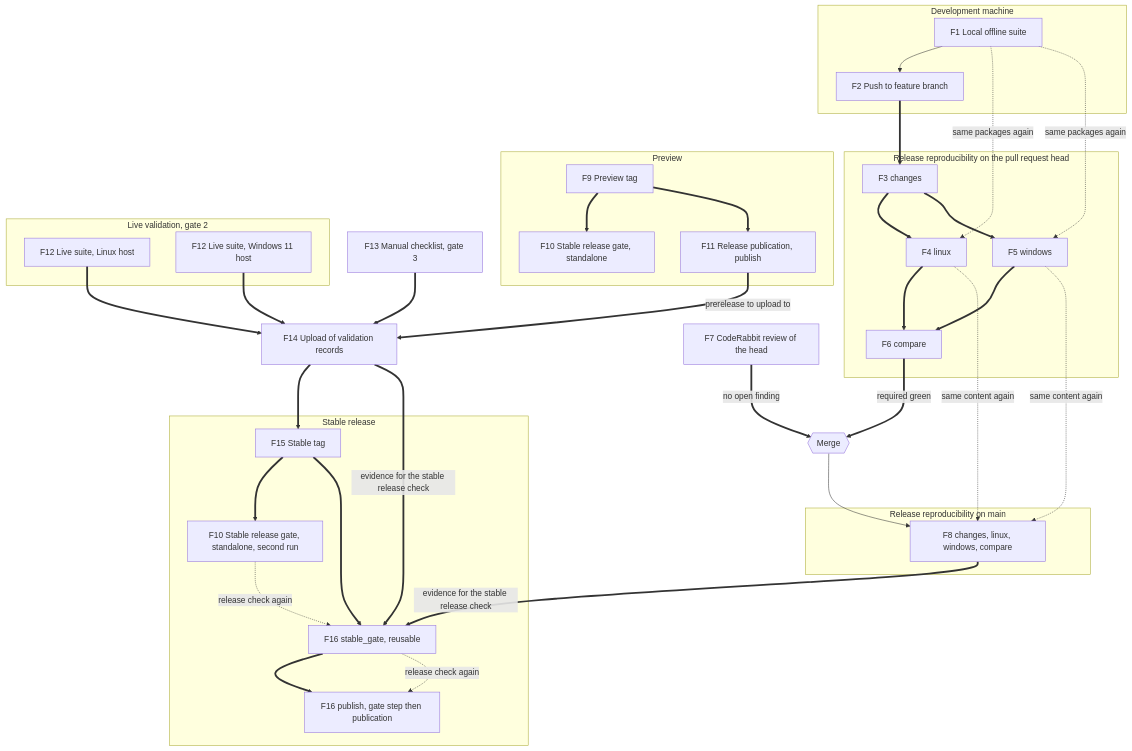
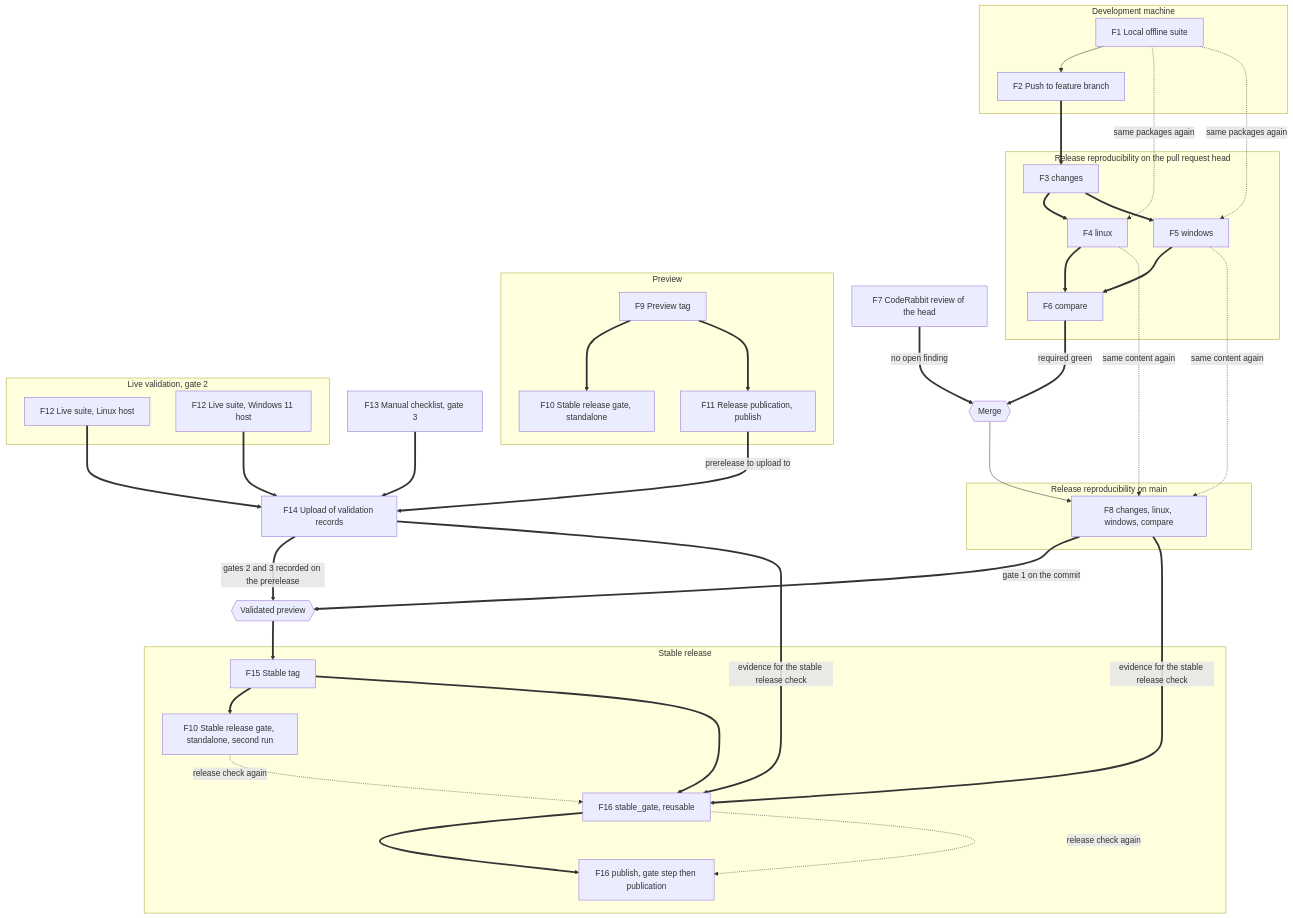
The diagram in docs/validation/issue-171/feedback-time-analysis.md (grauzone-labs/sandboxed-agents), drawn with Mermaid before and after one commit. The commit also changed other lines of this file, not shown here.

Commit message:
docs(validation): draw the validated preview in the flow diagram (#171)
- show the push run on main as gate 1 of the validated preview
- define the lead behind the side-by-side bound and note that two bounds are not additive
- add the change line to the side-by-side follow-up draft

````diff
--- a/docs/validation/issue-171/feedback-time-analysis.md
+++ b/docs/validation/issue-171/feedback-time-analysis.md
@@ -72,73 +72,76 @@
 ```mermaid
 flowchart TD
   subgraph LOCAL["Development machine"]
     F1["F1 Local offline suite"]
     F2["F2 Push to feature branch"]
   end
 
   subgraph PRRUN["Release reproducibility on the pull request head"]
     F3["F3 changes"]
     F4["F4 linux"]
     F5["F5 windows"]
     F6["F6 compare"]
   end
 
   F7["F7 CodeRabbit review of the head"]
   MERGE{{"Merge"}}
+  VP{{"Validated preview"}}
 
   subgraph PUSHRUN["Release reproducibility on main"]
     F8["F8 changes, linux, windows, compare"]
   end
 
   subgraph PREVIEW["Preview"]
     F9["F9 Preview tag"]
     F10["F10 Stable release gate, standalone"]
     F11["F11 Release publication, publish"]
   end
 
   subgraph LIVE["Live validation, gate 2"]
     F12L["F12 Live suite, Linux host"]
     F12W["F12 Live suite, Windows 11 host"]
   end
 
   F13["F13 Manual checklist, gate 3"]
   F14["F14 Upload of validation records"]
 
   subgraph STABLE["Stable release"]
     F15["F15 Stable tag"]
     F10B["F10 Stable release gate, standalone, second run"]
     F16G["F16 stable_gate, reusable"]
     F16P["F16 publish, gate step then publication"]
   end
 
   F1 --> F2
   F2 ==> F3
   F3 ==> F4
   F3 ==> F5
   F4 ==> F6
   F5 ==> F6
   F6 ==>|"required green"| MERGE
   F7 ==>|"no open finding"| MERGE
   MERGE --> F8
 
   F9 ==> F10
   F9 ==> F11
   F11 ==>|"prerelease to upload to"| F14
   F12L ==> F14
   F12W ==> F14
   F13 ==> F14
-  F14 ==> F15
+  F8 ==>|"gate 1 on the commit"| VP
+  F14 ==>|"gates 2 and 3 recorded on the prerelease"| VP
+  VP ==> F15
   F8 ==>|"evidence for the stable release check"| F16G
   F14 ==>|"evidence for the stable release check"| F16G
 
   F15 ==> F10B
   F15 ==> F16G
   F16G ==> F16P
 
   F1 -.->|"same packages again"| F4
   F1 -.->|"same packages again"| F5
   F4 -.->|"same content again"| F8
   F5 -.->|"same content again"| F8
   F10B -.->|"release check again"| F16G
   F16G -.->|"release check again"| F16P
 ```
````
